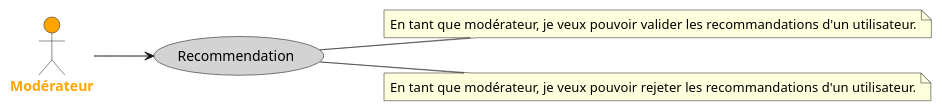
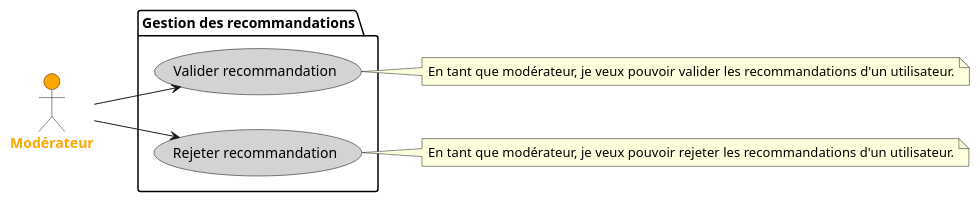
The diagram in public/conception/diagrams/user stories/ModRecommandation.puml (fledgless/Fortuna-Nexus), drawn with PlantUML before and after one commit. The commit also changed 9 other files, not shown here.

```diff
--- a/public/conception/diagrams/user stories/ModRecommandation.puml
+++ b/public/conception/diagrams/user stories/ModRecommandation.puml
@@ -1,25 +1,29 @@
 @startuml UserStoryModRecommandation
 
 left to right direction
 skinparam actorFontStyle bold
 skinparam usecase {
     BackgroundColor YellowGreen
     BorderColor Black
 }
 
 actor "Modérateur" as M #Orange;text:Orange
 
-usecase "Recommendation" as R #LightGray;text:Black
+package "Gestion des recommandations" {
+    usecase "Valider recommandation" as Vr #LightGray;text:Black
+    usecase "Rejeter recommandation" as Rr #LightGray;text:Black
+}
 
 ' Relations entre acteurs et cas d'utilisation
-M --> R
+M --> Vr
+M --> Rr
 
 ' Description des cas d'utilisation
-note right of R
+note right of Vr
     En tant que modérateur, je veux pouvoir valider les recommandations d'un utilisateur.
 end note
-note right of R
+note right of Rr
     En tant que modérateur, je veux pouvoir rejeter les recommandations d'un utilisateur.
 end note
 
 @enduml
```
